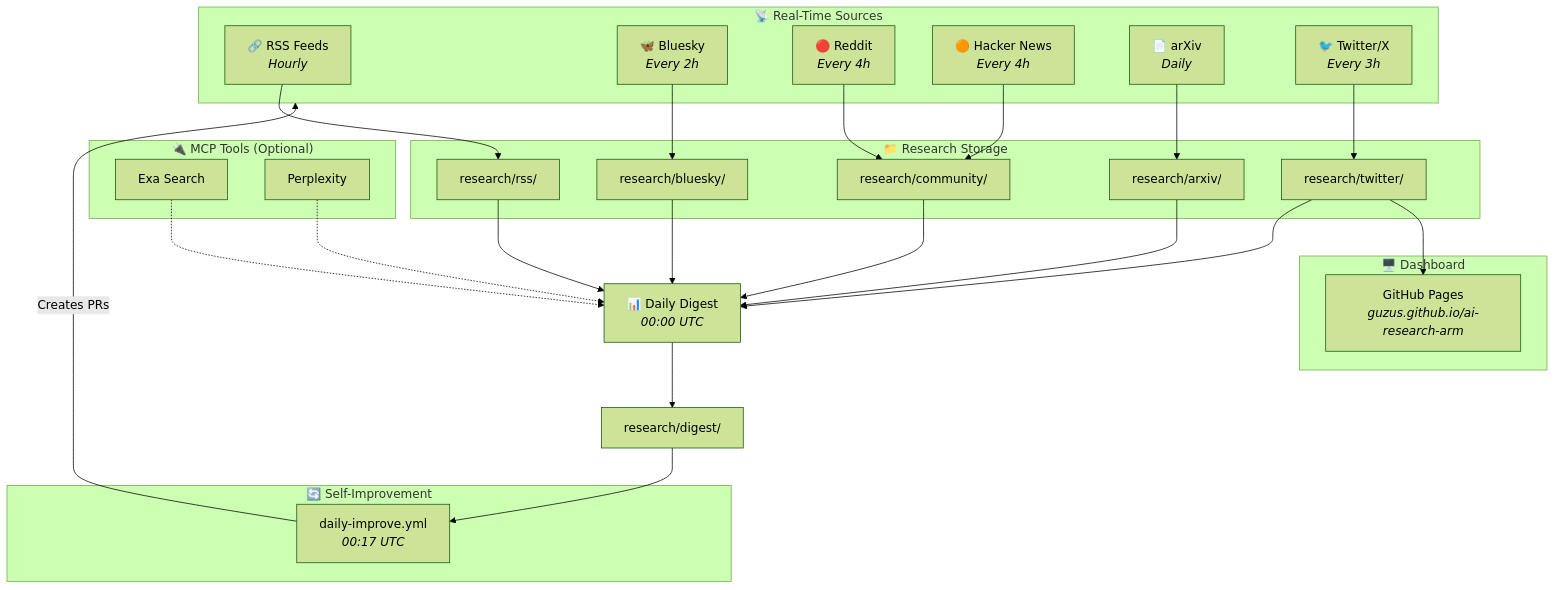
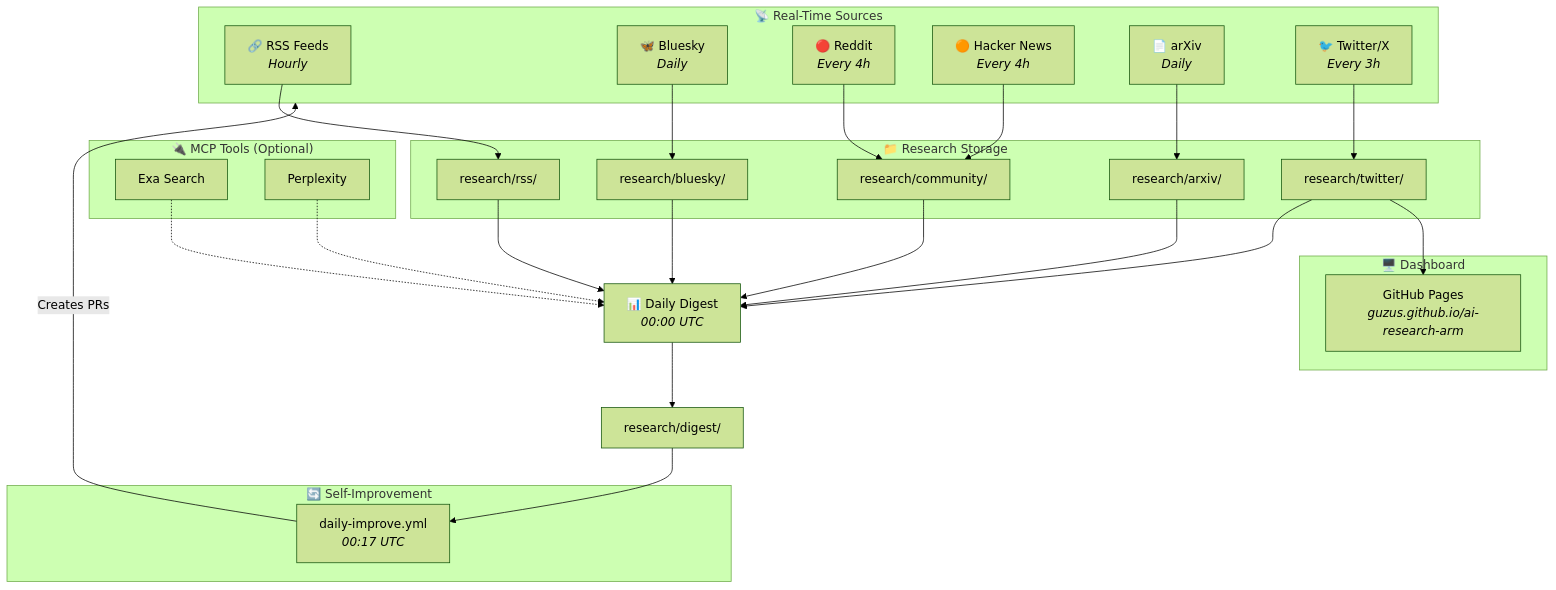
Before and after one commit to guzus/ai-research-arm: the first of 2 diagrams in README.md, drawn with Mermaid (forest theme). The commit also changed other lines of this file and 1 other file, not shown here.

First line of the commit message:
Show front page image in README, auto-update daily

````diff
--- a/README.md
+++ b/README.md
@@ -7,56 +15,56 @@
 ```mermaid
 flowchart TB
     subgraph sources["📡 Real-Time Sources"]
         RSS["🔗 RSS Feeds<br/><i>Hourly</i>"]
-        Bluesky["🦋 Bluesky<br/><i>Every 2h</i>"]
+        Bluesky["🦋 Bluesky<br/><i>Daily</i>"]
         Reddit["🔴 Reddit<br/><i>Every 4h</i>"]
         HN["🟠 Hacker News<br/><i>Every 4h</i>"]
         arXiv["📄 arXiv<br/><i>Daily</i>"]
         Twitter["🐦 Twitter/X<br/><i>Every 3h</i>"]
     end
 
     subgraph mcp["🔌 MCP Tools (Optional)"]
         Exa["Exa Search"]
         Perplexity["Perplexity"]
     end
 
     subgraph storage["📁 Research Storage"]
         rss_out["research/rss/"]
         bluesky_out["research/bluesky/"]
         community_out["research/community/"]
         arxiv_out["research/arxiv/"]
         twitter_out["research/twitter/"]
     end
 
     RSS --> rss_out
     Bluesky --> bluesky_out
     Reddit --> community_out
     HN --> community_out
     arXiv --> arxiv_out
     Twitter --> twitter_out
 
     rss_out --> Digest
     bluesky_out --> Digest
     community_out --> Digest
     arxiv_out --> Digest
     twitter_out --> Digest
 
     Exa -.-> Digest
     Perplexity -.-> Digest
 
     Digest["📊 Daily Digest<br/><i>00:00 UTC</i>"]
     Digest --> digest_out["research/digest/"]
 
     subgraph improve["🔄 Self-Improvement"]
         Improve["daily-improve.yml<br/><i>00:17 UTC</i>"]
     end
 
     digest_out --> Improve
     Improve -->|"Creates PRs"| sources
 
     subgraph dashboard["🖥️ Dashboard"]
         Pages["GitHub Pages<br/><i>guzus.github.io/ai-research-arm</i>"]
     end
 
     twitter_out --> Pages
 ```
````
